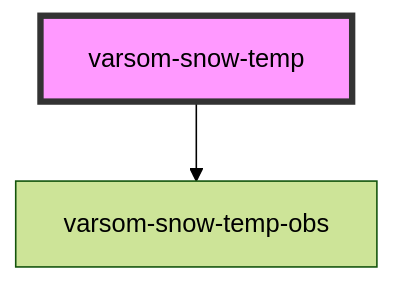
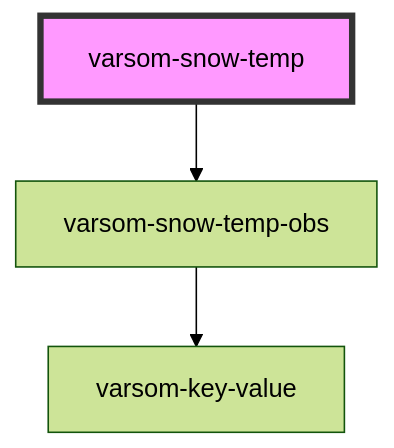
The diagram in observasjonskort/src/components/varsom-snow-temp/readme.md (NVE/varsom-observation), drawn with Mermaid (forest theme) before and after one commit. The commit also changed 4 other files, not shown here.

Commit message:
updated snow temp obs component

````diff
--- a/observasjonskort/src/components/varsom-snow-temp/readme.md
+++ b/observasjonskort/src/components/varsom-snow-temp/readme.md
@@ -23,5 +23,6 @@
 ```mermaid
 graph TD;
   varsom-snow-temp --> varsom-snow-temp-obs
+  varsom-snow-temp-obs --> varsom-key-value
   style varsom-snow-temp fill:#f9f,stroke:#333,stroke-width:4px
 ```
````
